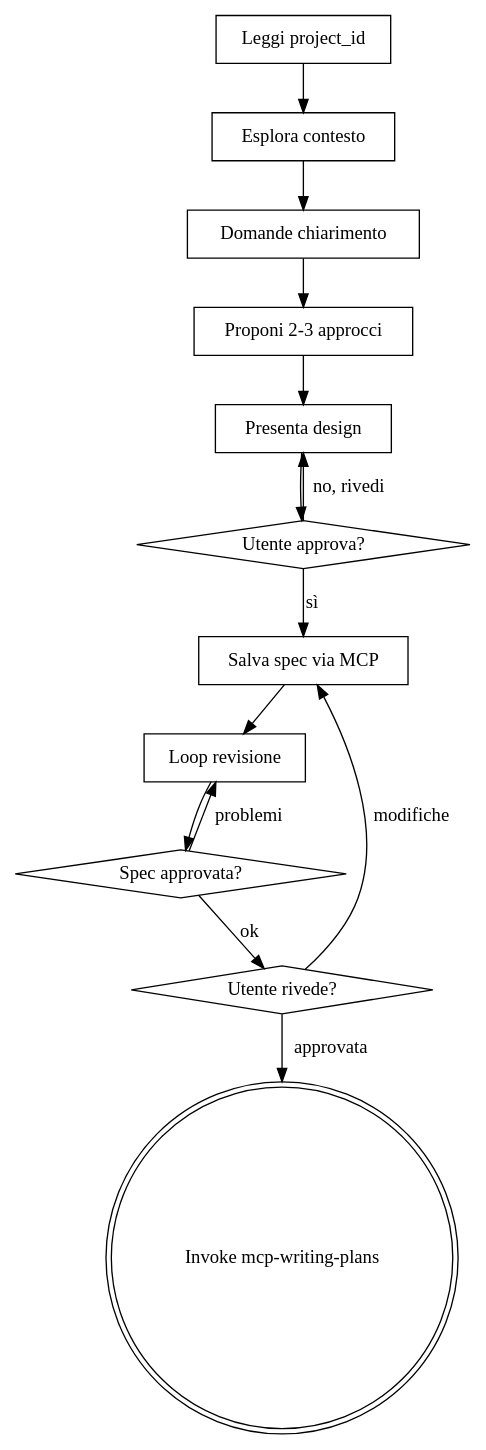
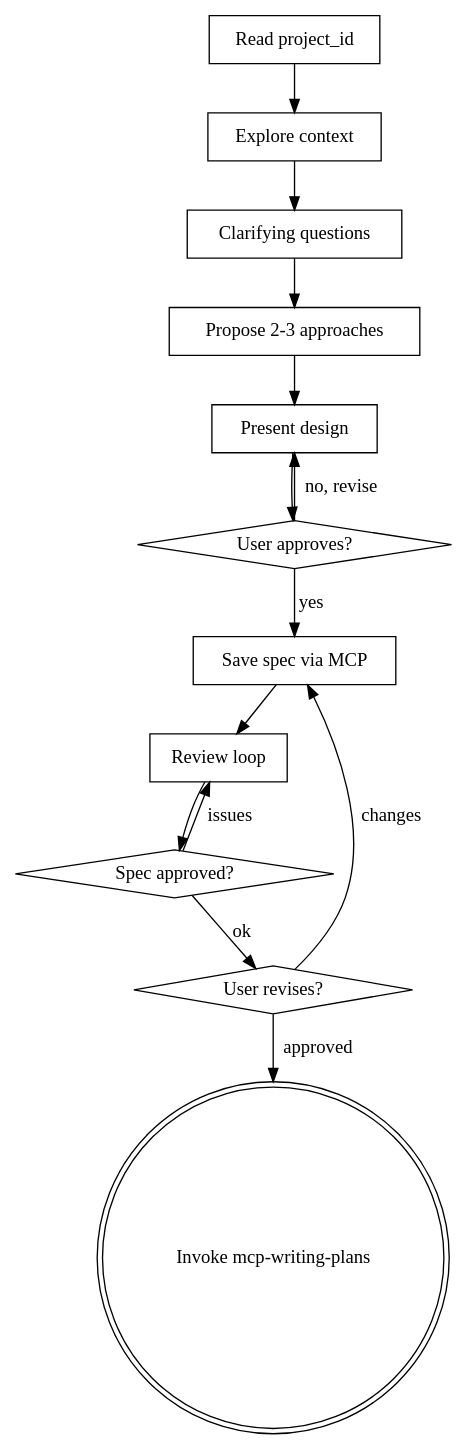
Before and after one commit to necos98/Manager-AI: the diagram in claude_resources/skills/mcp-brainstorming/SKILL.md, drawn with Graphviz. The commit also changed other lines of this file and 4 other files, not shown here.

````diff
--- a/claude_resources/skills/mcp-brainstorming/SKILL.md
+++ b/claude_resources/skills/mcp-brainstorming/SKILL.md
@@ -36,29 +36,29 @@
 ```dot
 digraph mcp_brainstorming {
-    "Leggi project_id" [shape=box];
-    "Esplora contesto" [shape=box];
-    "Domande chiarimento" [shape=box];
-    "Proponi 2-3 approcci" [shape=box];
-    "Presenta design" [shape=box];
-    "Utente approva?" [shape=diamond];
-    "Salva spec via MCP" [shape=box];
-    "Loop revisione" [shape=box];
-    "Spec approvata?" [shape=diamond];
-    "Utente rivede?" [shape=diamond];
+    "Read project_id" [shape=box];
+    "Explore context" [shape=box];
+    "Clarifying questions" [shape=box];
+    "Propose 2-3 approaches" [shape=box];
+    "Present design" [shape=box];
+    "User approves?" [shape=diamond];
+    "Save spec via MCP" [shape=box];
+    "Review loop" [shape=box];
+    "Spec approved?" [shape=diamond];
+    "User revises?" [shape=diamond];
     "Invoke mcp-writing-plans" [shape=doublecircle];
 
-    "Leggi project_id" -> "Esplora contesto";
-    "Esplora contesto" -> "Domande chiarimento";
-    "Domande chiarimento" -> "Proponi 2-3 approcci";
-    "Proponi 2-3 approcci" -> "Presenta design";
-    "Presenta design" -> "Utente approva?";
-    "Utente approva?" -> "Presenta design" [label="no, rivedi"];
-    "Utente approva?" -> "Salva spec via MCP" [label="sì"];
-    "Salva spec via MCP" -> "Loop revisione";
-    "Loop revisione" -> "Spec approvata?";
-    "Spec approvata?" -> "Loop revisione" [label="problemi"];
-    "Spec approvata?" -> "Utente rivede?" [label="ok"];
-    "Utente rivede?" -> "Salva spec via MCP" [label="modifiche"];
-    "Utente rivede?" -> "Invoke mcp-writing-plans" [label="approvata"];
+    "Read project_id" -> "Explore context";
+    "Explore context" -> "Clarifying questions";
+    "Clarifying questions" -> "Propose 2-3 approaches";
+    "Propose 2-3 approaches" -> "Present design";
+    "Present design" -> "User approves?";
+    "User approves?" -> "Present design" [label="no, revise"];
+    "User approves?" -> "Save spec via MCP" [label="yes"];
+    "Save spec via MCP" -> "Review loop";
+    "Review loop" -> "Spec approved?";
+    "Spec approved?" -> "Review loop" [label="issues"];
+    "Spec approved?" -> "User revises?" [label="ok"];
+    "User revises?" -> "Save spec via MCP" [label="changes"];
+    "User revises?" -> "Invoke mcp-writing-plans" [label="approved"];
 }
 ```
````
